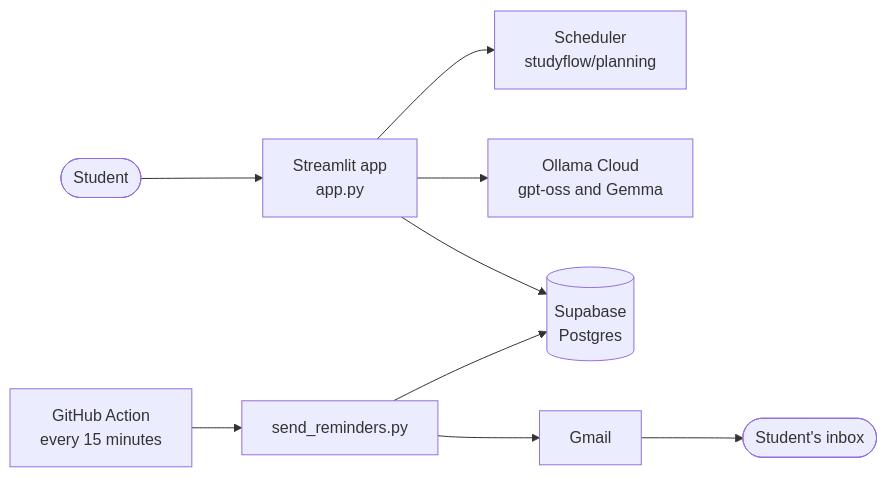
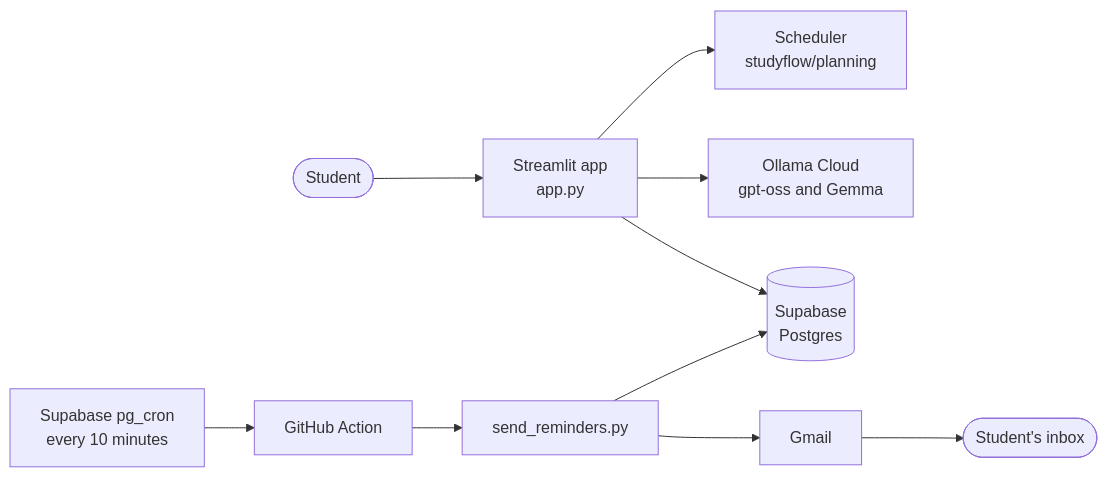
One commit to dharshan-can-code/studyflow-ai changed the diagram in README.md. Above: the diagram before and after it, drawn with Mermaid. The commit also changed other lines of this file and 11 other files, not shown here.

````diff
--- a/README.md
+++ b/README.md
@@ -95,10 +101,11 @@
 ```mermaid
 flowchart LR
     Student([Student]) --> App[Streamlit app<br/>app.py]
     App --> Planner[Scheduler<br/>studyflow/planning]
     App --> AI[Ollama Cloud<br/>gpt-oss and Gemma]
     App --> DB[(Supabase<br/>Postgres)]
-    Action[GitHub Action<br/>every 15 minutes] --> Reminders[send_reminders.py]
+    Cron[Supabase pg_cron<br/>every 10 minutes] --> Action[GitHub Action]
+    Action --> Reminders[send_reminders.py]
     Reminders --> DB
     Reminders --> Gmail[Gmail] --> Inbox([Student's inbox])
 ```
````
